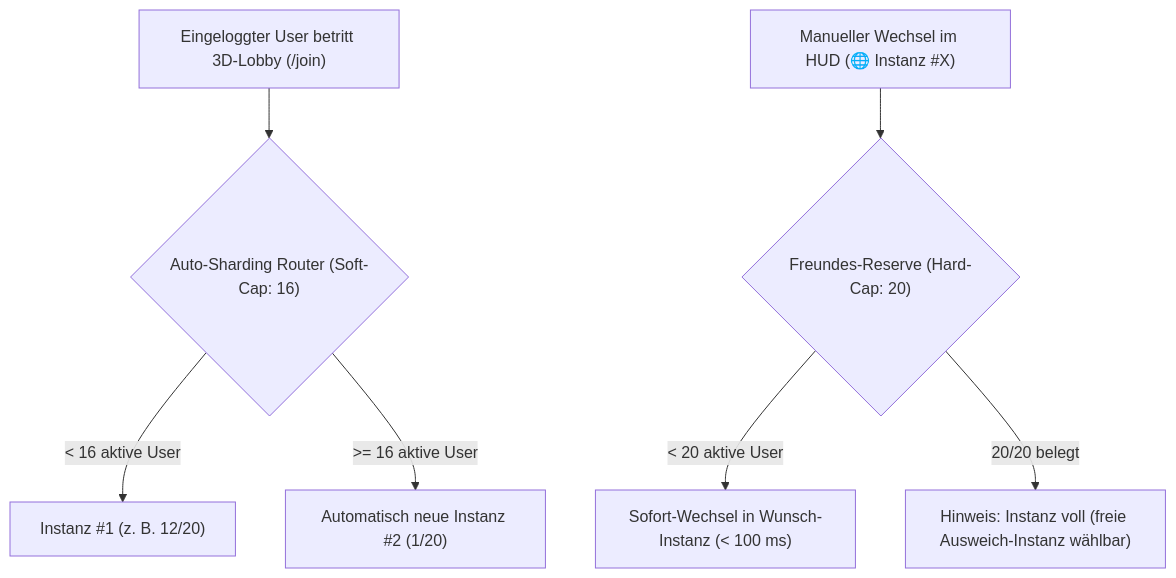
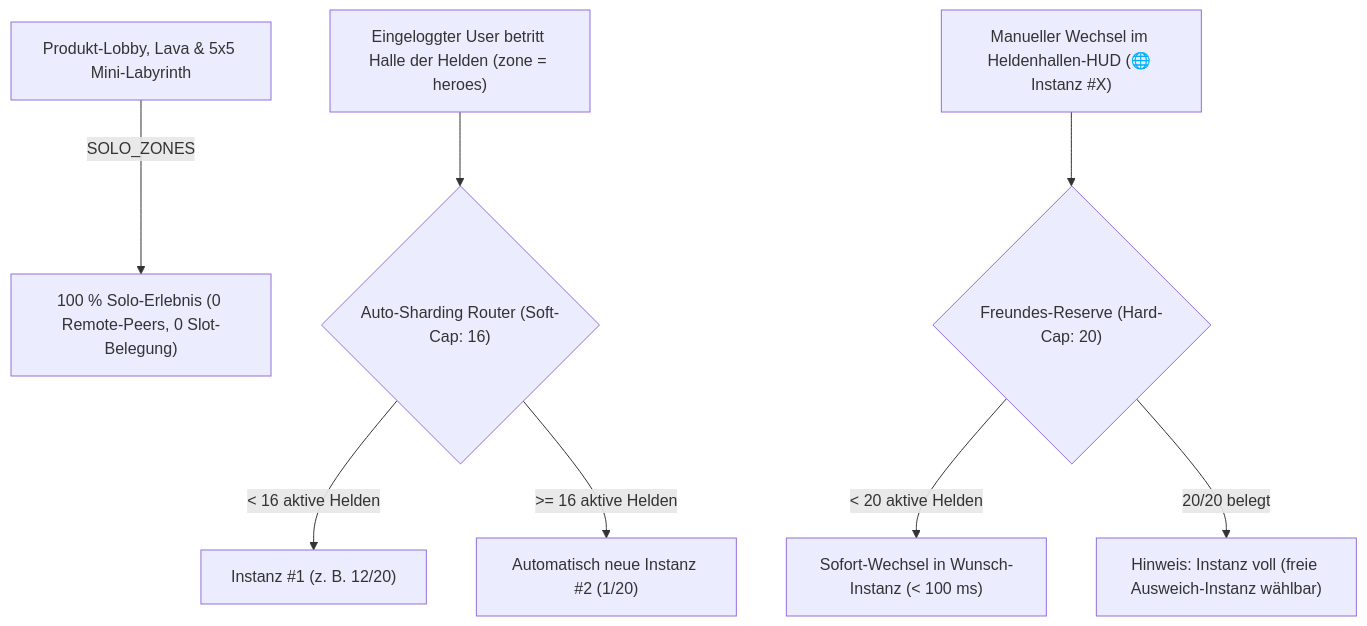
The diagram in Abschlussberichte/Konzepte/Konzept_3D_User_Lobby_und_Goldene_Halle_der_Helden.md (Galaxina93/seelenfunke), drawn with Mermaid before and after one commit. The commit also changed other lines of this file and 26 other files, not shown here.

Commit message:
feat(3d-lobby): isolate solo product lobby vs sharded Hall of Heroes, add compact 5x5 mini-labyrinth gag & harden console anti-cheat

````diff
--- a/Abschlussberichte/Konzepte/Konzept_3D_User_Lobby_und_Goldene_Halle_der_Helden.md
+++ b/Abschlussberichte/Konzepte/Konzept_3D_User_Lobby_und_Goldene_Halle_der_Helden.md
@@ -44,9 +44,10 @@
 ```mermaid
 flowchart TD
-    Join["Eingeloggter User betritt 3D-Lobby (/join)"] --> Router{"Auto-Sharding Router (Soft-Cap: 16)"}
-    Router -->|"< 16 aktive User"| Inst1["Instanz #1 (z. B. 12/20)"]
-    Router -->|">= 16 aktive User"| Inst2["Automatisch neue Instanz #2 (1/20)"]
-    Switch["Manueller Wechsel im HUD (🌐 Instanz #X)"] --> HardCheck{"Freundes-Reserve (Hard-Cap: 20)"}
-    HardCheck -->|"< 20 aktive User"| TargetInst["Sofort-Wechsel in Wunsch-Instanz (< 100 ms)"]
+    Lobby["Produkt-Lobby, Lava & 5x5 Mini-Labyrinth"] -->|"SOLO_ZONES"| Solo["100 % Solo-Erlebnis (0 Remote-Peers, 0 Slot-Belegung)"]
+    Join["Eingeloggter User betritt Halle der Helden (zone = heroes)"] --> Router{"Auto-Sharding Router (Soft-Cap: 16)"}
+    Router -->|"< 16 aktive Helden"| Inst1["Instanz #1 (z. B. 12/20)"]
+    Router -->|">= 16 aktive Helden"| Inst2["Automatisch neue Instanz #2 (1/20)"]
+    Switch["Manueller Wechsel im Heldenhallen-HUD (🌐 Instanz #X)"] --> HardCheck{"Freundes-Reserve (Hard-Cap: 20)"}
+    HardCheck -->|"< 20 aktive Helden"| TargetInst["Sofort-Wechsel in Wunsch-Instanz (< 100 ms)"]
     HardCheck -->|"20/20 belegt"| FullMsg["Hinweis: Instanz voll (freie Ausweich-Instanz wählbar)"]
 ```
````
